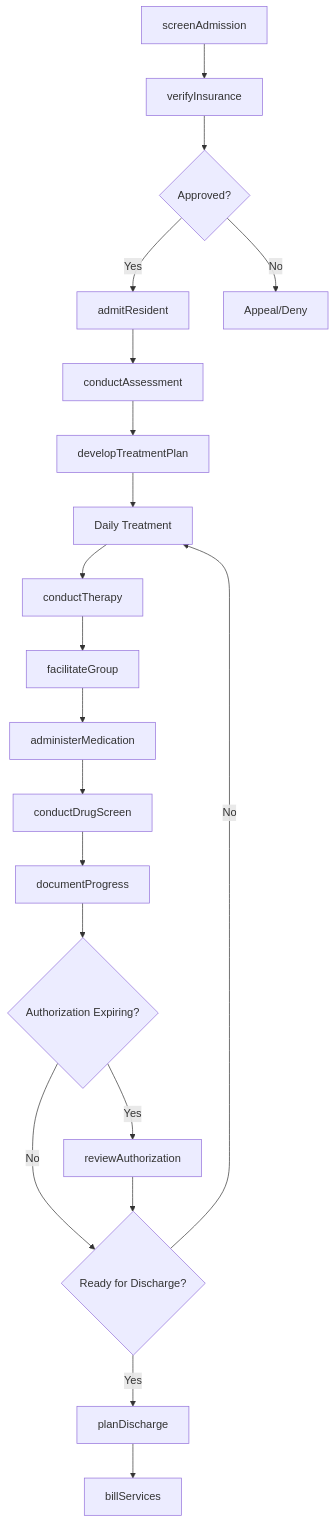
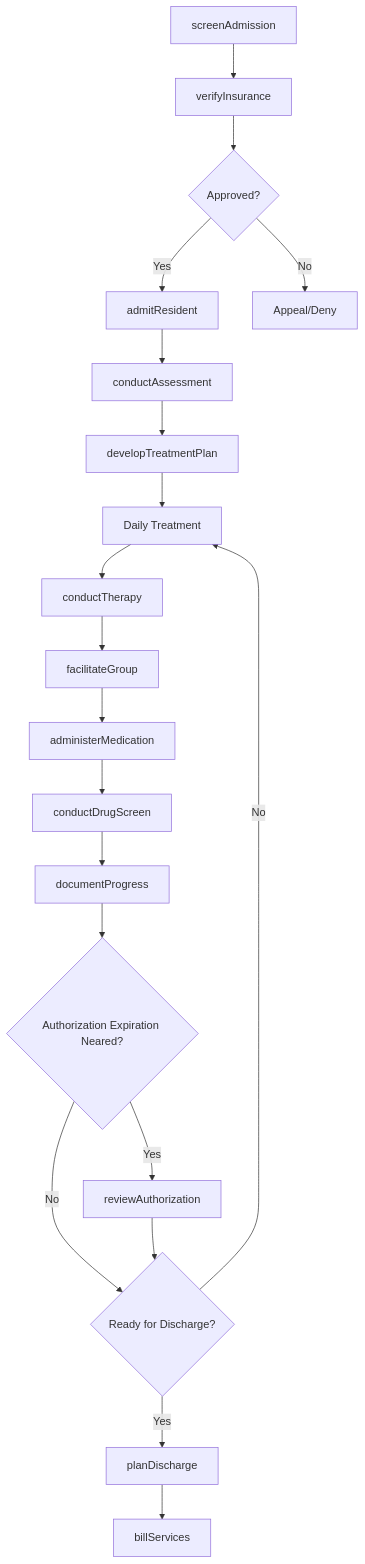
The first of 2 diagrams in HealthCare/NursingAndResidentialCareFacilities/ResidentialIntellectualAndDevelopmentalDisabilityMentalHealthAndSubstanceAbuseFacilities/ResidentialMentalHealthAndSubstanceAbuseFacilities.mdx (dot-org-ai/industries.org.ai), drawn with Mermaid before and after one commit. The commit also changed other lines of this file and 588 other files, not shown here.

````diff
--- a/HealthCare/NursingAndResidentialCareFacilities/ResidentialIntellectualAndDevelopmentalDisabilityMentalHealthAndSubstanceAbuseFacilities/ResidentialMentalHealthAndSubstanceAbuseFacilities.mdx
+++ b/HealthCare/NursingAndResidentialCareFacilities/ResidentialIntellectualAndDevelopmentalDisabilityMentalHealthAndSubstanceAbuseFacilities/ResidentialMentalHealthAndSubstanceAbuseFacilities.mdx
@@ -120,22 +120,22 @@
 ```mermaid
 graph TD
     A[screenAdmission] --> B[verifyInsurance]
     B --> C{Approved?}
     C -->|Yes| D[admitResident]
     C -->|No| E[Appeal/Deny]
     D --> F[conductAssessment]
     F --> G[developTreatmentPlan]
     G --> H[Daily Treatment]
     H --> I[conductTherapy]
     I --> J[facilitateGroup]
     J --> K[administerMedication]
     K --> L[conductDrugScreen]
     L --> M[documentProgress]
-    M --> N{Authorization Expiring?}
+    M --> N{Authorization Expiration Neared?}
     N -->|Yes| O[reviewAuthorization]
     N -->|No| P{Ready for Discharge?}
     O --> P
     P -->|No| H
     P -->|Yes| Q[planDischarge]
     Q --> R[billServices]
 ```
````
